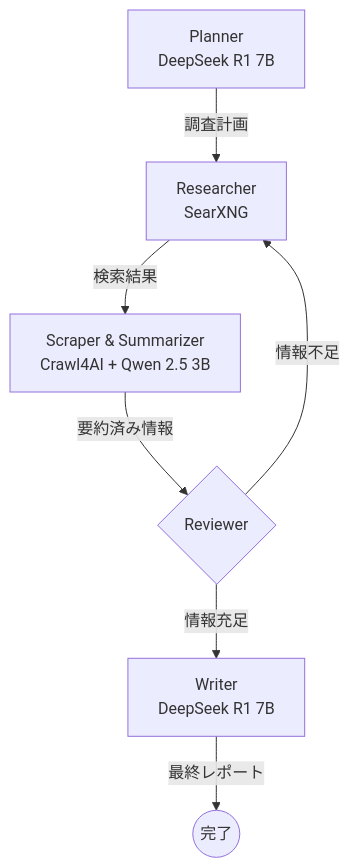
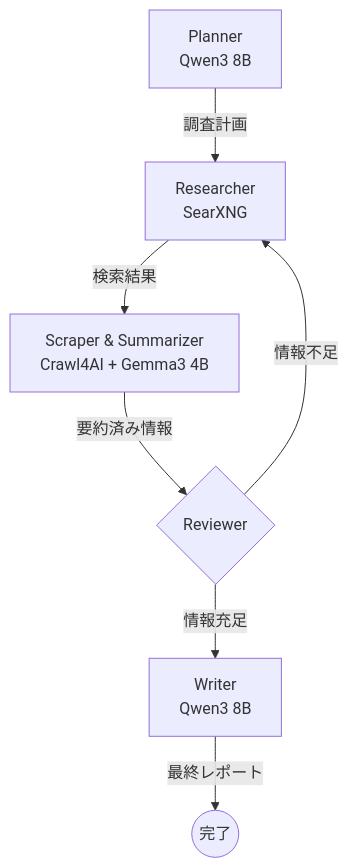
Before and after one commit to haruo2177/local-deep-research: the diagram in README.md, drawn with Mermaid. The commit also changed other lines of this file and 4 other files, not shown here.

Commit message:
chore(config): switch default models to qwen3 and gemma3

````diff
--- a/README.md
+++ b/README.md
@@ -16,9 +16,9 @@
 ```mermaid
 flowchart TD
-    A[Planner<br/>DeepSeek R1 7B] -->|調査計画| B[Researcher<br/>SearXNG]
-    B -->|検索結果| C[Scraper & Summarizer<br/>Crawl4AI + Qwen 2.5 3B]
+    A[Planner<br/>Qwen3 8B] -->|調査計画| B[Researcher<br/>SearXNG]
+    B -->|検索結果| C[Scraper & Summarizer<br/>Crawl4AI + Gemma3 4B]
     C -->|要約済み情報| D{Reviewer}
     D -->|情報不足| B
-    D -->|情報充足| E[Writer<br/>DeepSeek R1 7B]
+    D -->|情報充足| E[Writer<br/>Qwen3 8B]
     E -->|最終レポート| F((完了))
 ```
````
